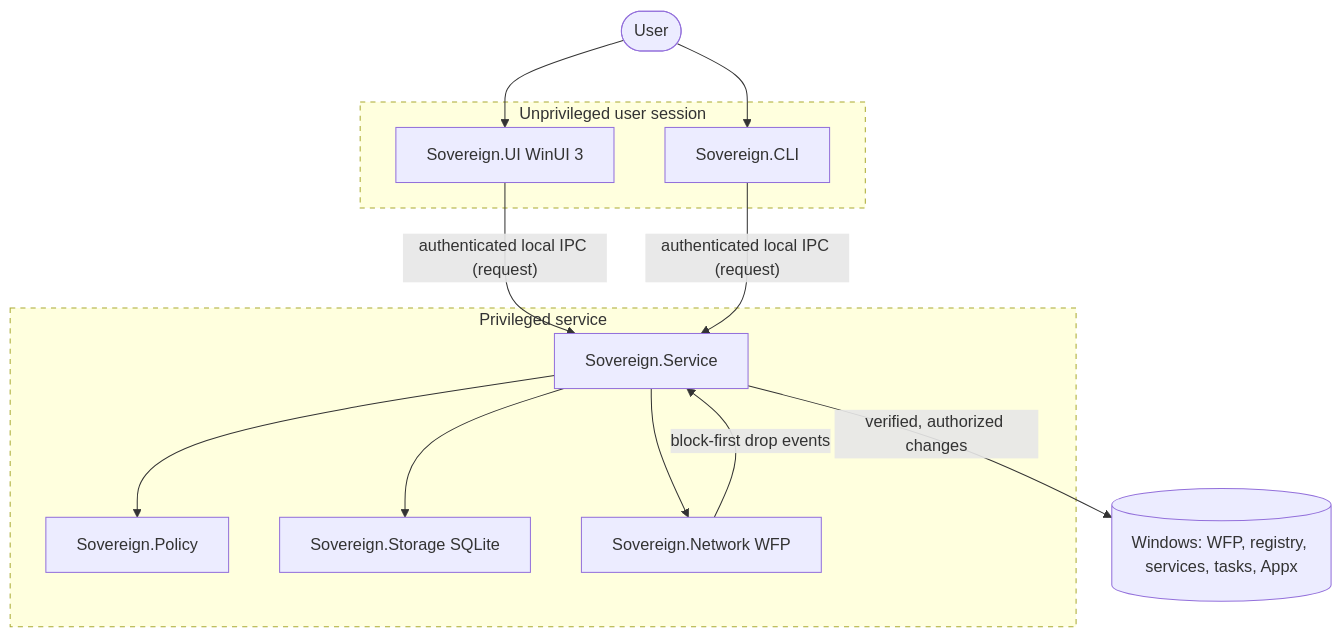
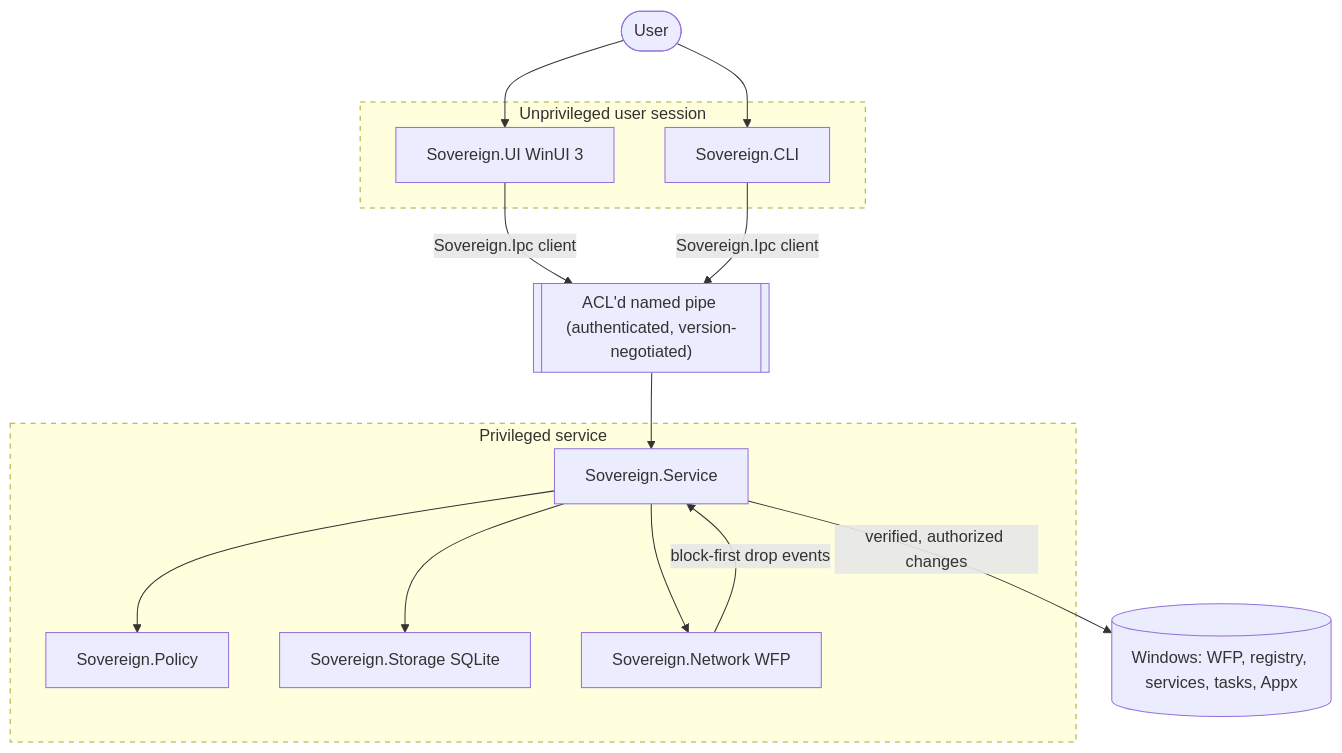
Before and after one commit to d8ahazard/Sovereign: the diagram in docs/architecture.md, drawn with Mermaid. The commit also changed other lines of this file and 60 other files, not shown here.

First line of the commit message:
Implement Milestone 1: service, authenticated local IPC, event store, UI

````diff
--- a/docs/architecture.md
+++ b/docs/architecture.md
@@ -24,31 +28,32 @@
 ```mermaid
 flowchart TB
     user([User])
 
     subgraph unpriv [Unprivileged user session]
         ui[Sovereign.UI WinUI 3]
         cli[Sovereign.CLI]
     end
 
     subgraph priv [Privileged service]
         svc[Sovereign.Service]
         policy[Sovereign.Policy]
         storage[Sovereign.Storage SQLite]
         net[Sovereign.Network WFP]
     end
 
     windows[(Windows: WFP, registry, services, tasks, Appx)]
 
     user --> ui
     user --> cli
-    ui -->|"authenticated local IPC (request)"| svc
-    cli -->|"authenticated local IPC (request)"| svc
+    ui -->|"Sovereign.Ipc client"| pipe
+    cli -->|"Sovereign.Ipc client"| pipe
+    pipe[["ACL'd named pipe (authenticated, version-negotiated)"]] --> svc
     svc --> policy
     svc --> storage
     svc --> net
     net -->|"block-first drop events"| svc
     svc -->|"verified, authorized changes"| windows
 
     classDef boundary stroke-dasharray: 5 5
     class unpriv,priv boundary
 ```
````
